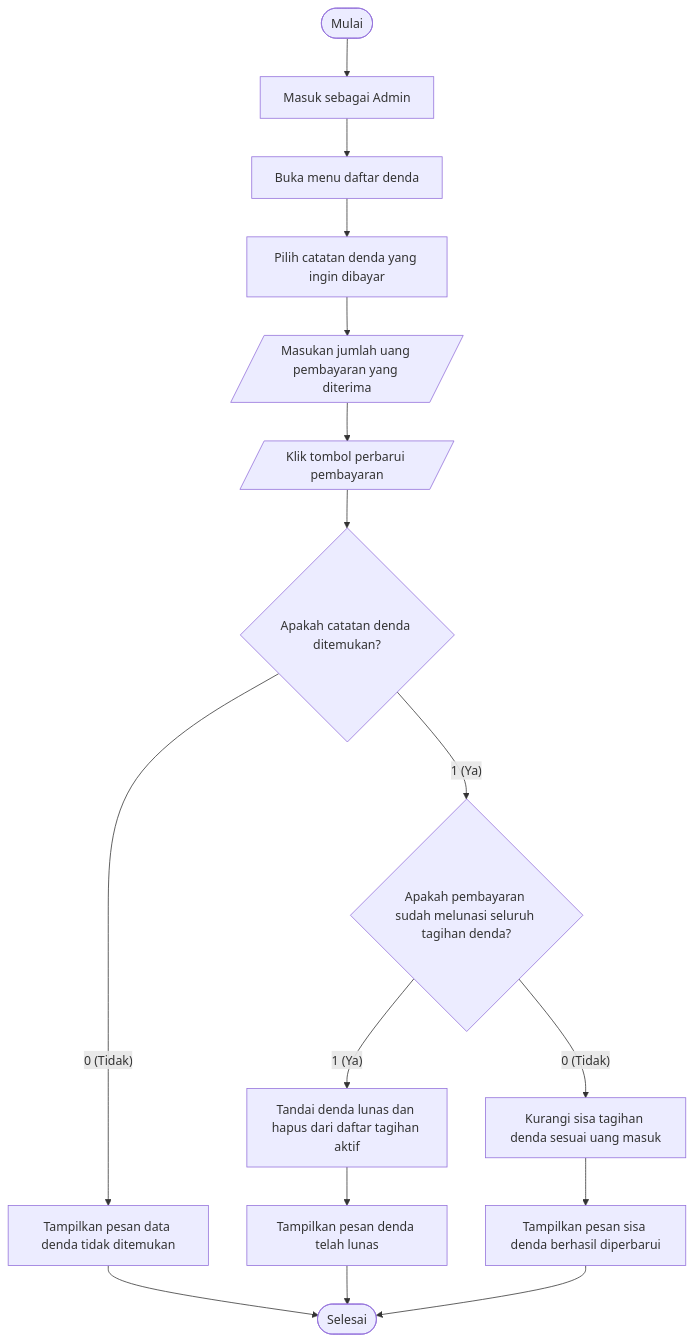
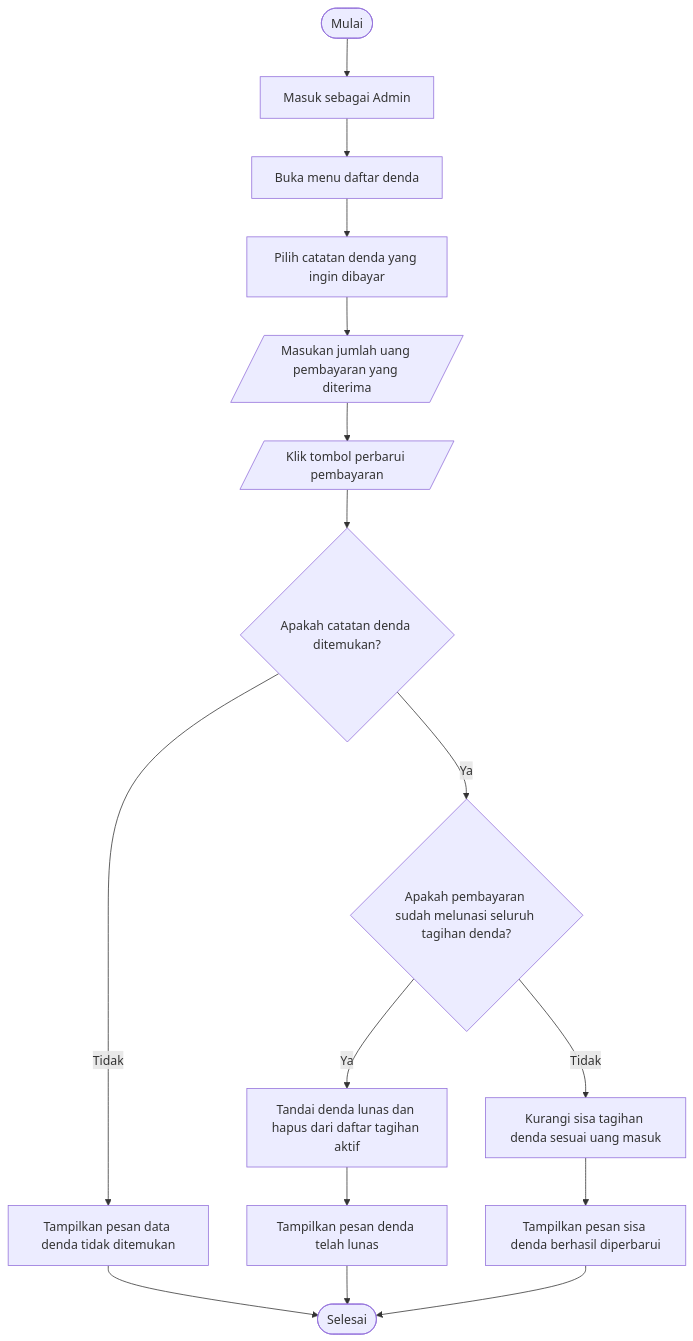
The diagram in docs/uml/src/diagrams/list-diagrams/flowchart-updatedenda.mmd (dimstyle/ruang-baca), drawn with Mermaid before and after one commit. The commit also changed 134 other files, not shown here.

Commit message:
docs(diagrams): add Chen ERD, use parallelograms for activity I/O, fix layouts, and simplify Ya/Tidak labels

```diff
--- a/docs/uml/src/diagrams/list-diagrams/flowchart-updatedenda.mmd
+++ b/docs/uml/src/diagrams/list-diagrams/flowchart-updatedenda.mmd
@@ -1,16 +1,16 @@
 flowchart TD
     start(["Mulai"]) --> loginAdmin["Masuk sebagai Admin"]
     loginAdmin --> openMenu["Buka menu daftar denda"]
     openMenu --> selectFine["Pilih catatan denda yang ingin dibayar"]
     selectFine --> inputPay[/"Masukan jumlah uang pembayaran yang diterima"/]
     inputPay --> clickUpdate[/"Klik tombol perbarui pembayaran"/]
     clickUpdate --> checkFound{"Apakah catatan denda ditemukan?"}
-    checkFound -->|"0 (Tidak)"| notFound["Tampilkan pesan data denda tidak ditemukan"]
+    checkFound -->|"Tidak"| notFound["Tampilkan pesan data denda tidak ditemukan"]
     notFound --> finish(["Selesai"])
-    checkFound -->|"1 (Ya)"| checkPaidOff{"Apakah pembayaran sudah melunasi seluruh tagihan denda?"}
-    checkPaidOff -->|"1 (Ya)"| paidOff["Tandai denda lunas dan hapus dari daftar tagihan aktif"]
+    checkFound -->|"Ya"| checkPaidOff{"Apakah pembayaran sudah melunasi seluruh tagihan denda?"}
+    checkPaidOff -->|"Ya"| paidOff["Tandai denda lunas dan hapus dari daftar tagihan aktif"]
     paidOff --> msgPaid["Tampilkan pesan denda telah lunas"]
     msgPaid --> finish
-    checkPaidOff -->|"0 (Tidak)"| reduceFine["Kurangi sisa tagihan denda sesuai uang masuk"]
+    checkPaidOff -->|"Tidak"| reduceFine["Kurangi sisa tagihan denda sesuai uang masuk"]
     reduceFine --> msgUpdated["Tampilkan pesan sisa denda berhasil diperbarui"]
     msgUpdated --> finish
```
